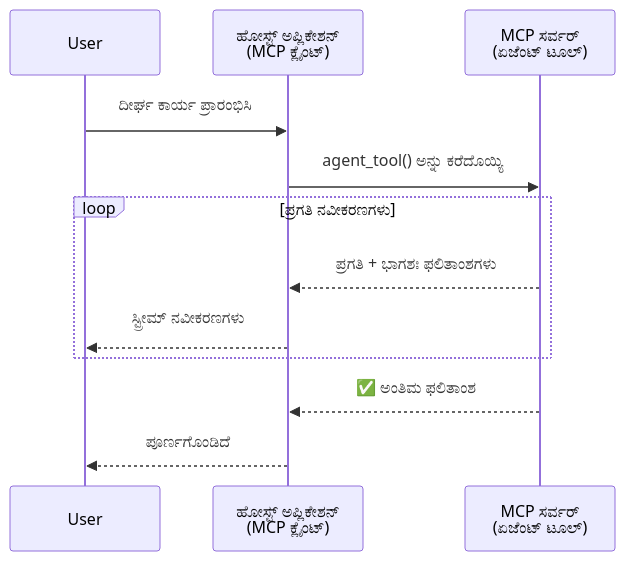
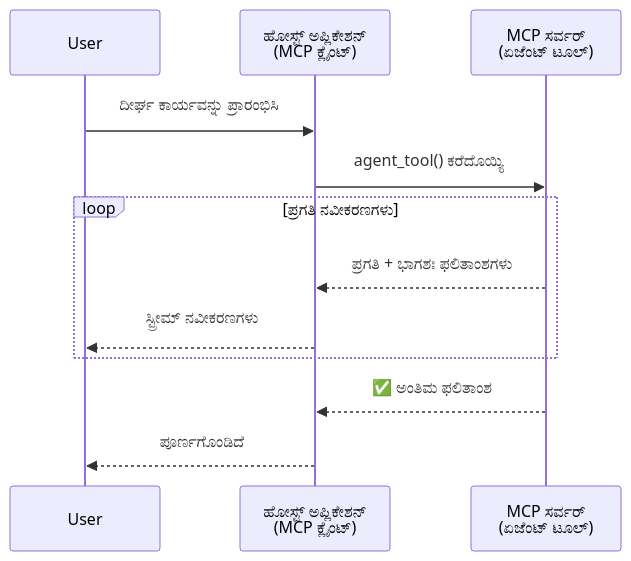
The first of 5 diagrams in mirrors/repos/microsoft@ai-agents-for-beginners/translations/kn/11-agentic-protocols/code_samples/mcp-agents/README.md (gabrielmoreira/agent-skills-mirror), drawn with Mermaid before and after one commit. The commit also changed other lines of this file and 4262 other files, not shown here.

````diff
--- a/mirrors/repos/microsoft@ai-agents-for-beginners/translations/kn/11-agentic-protocols/code_samples/mcp-agents/README.md
+++ b/mirrors/repos/microsoft@ai-agents-for-beginners/translations/kn/11-agentic-protocols/code_samples/mcp-agents/README.md
@@ -46,17 +46,17 @@
 ```mermaid
 sequenceDiagram
     participant User
     participant Host as ಹೋಸ್ಟ್ ಅಪ್ಲಿಕೇಶನ್<br/>(MCP ಕ್ಲೈಂಟ್)
     participant Server as MCP ಸರ್ವರ್<br/>(ಏಜೆಂಟ್ ಟೂಲ್)
 
-    User->>Host: ದೀರ್ಘ ಕಾರ್ಯ ಪ್ರಾರಂಭಿಸಿ
-    Host->>Server: agent_tool() ಅನ್ನು ಕರೆದೊಯ್ಯಿ
+    User->>Host: ದೀರ್ಘ ಕಾರ್ಯವನ್ನು ಪ್ರಾರಂಭಿಸಿ
+    Host->>Server: agent_tool() ಕರೆದೊಯ್ಯಿ
 
     loop ಪ್ರಗತಿ ನವೀಕರಣಗಳು
         Server-->>Host: ಪ್ರಗತಿ + ಭಾಗಶಃ ಫಲಿತಾಂಶಗಳು
         Host-->>User: ಸ್ಟ್ರೀಮ್ ನವೀಕರಣಗಳು
     end
 
     Server-->>Host: ✅ ಅಂತಿಮ ಫಲಿತಾಂಶ
     Host-->>User: ಪೂರ್ಣಗೊಂಡಿದೆ
 ```
````
